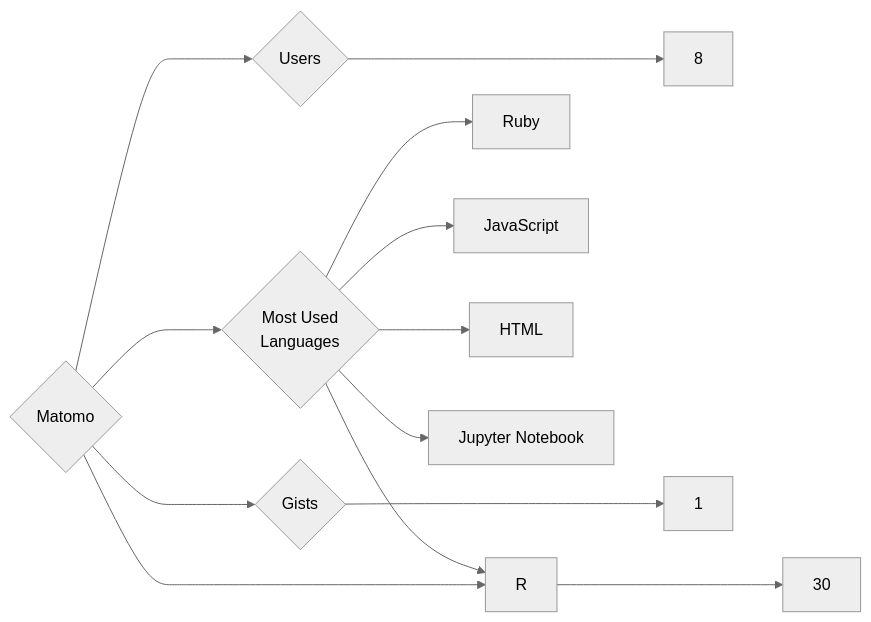
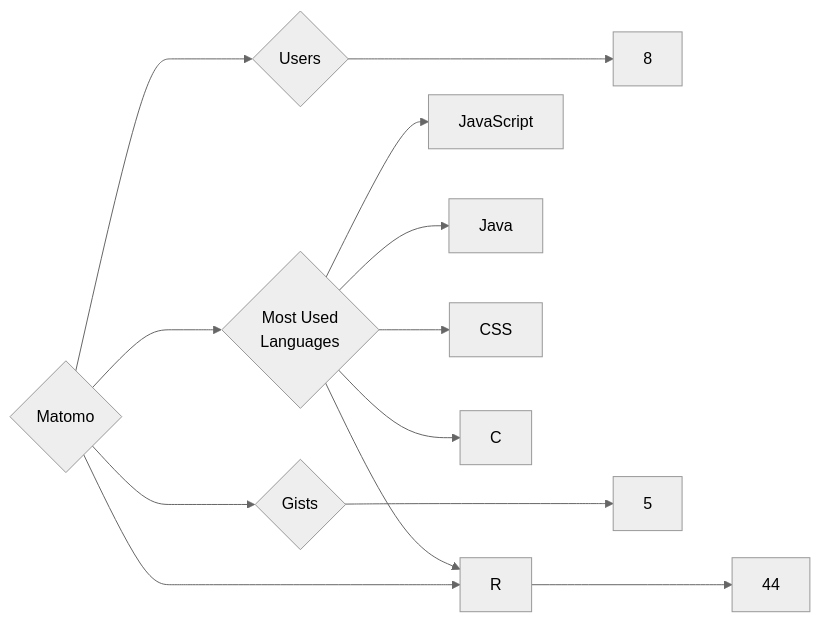
The diagram in targets/Matomo/README.md (trickest/insiders), drawn with Mermaid (neutral theme) before and after one commit. The commit also changed 1484 other files, not shown here.

````diff
--- a/targets/Matomo/README.md
+++ b/targets/Matomo/README.md
@@ -3,13 +3,13 @@
 ```mermaid
 graph LR
 COMPANY_NAME{Matomo}
 COMPANY_NAME ---> U{Users} ---> UN[8]
-COMPANY_NAME ---> R{Repositories} ---> RN[30]
-COMPANY_NAME ---> G{Gists} ---> GN[1]
+COMPANY_NAME ---> R{Repositories} ---> RN[44]
+COMPANY_NAME ---> G{Gists} ---> GN[5]
 COMPANY_NAME ---> ML{Most Used<br>Languages}
-ML --> Ruby[Ruby]
 ML --> JavaScript[JavaScript]
+ML --> Java[Java]
+ML --> CSS[CSS]
+ML --> C[C]
 ML --> R[R]
-ML --> HTML[HTML]
-ML --> Jupyter_Notebook[Jupyter Notebook]
 ```
````
